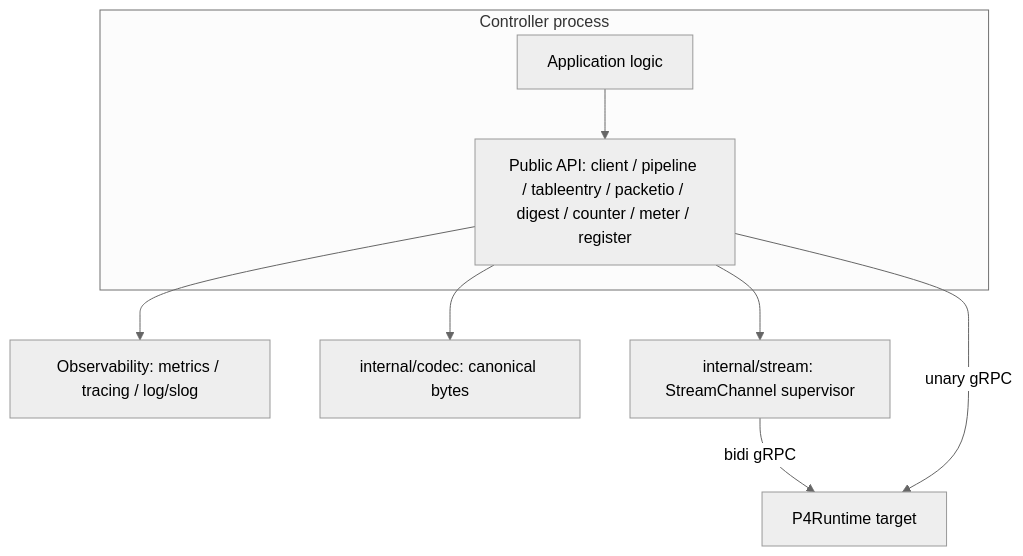
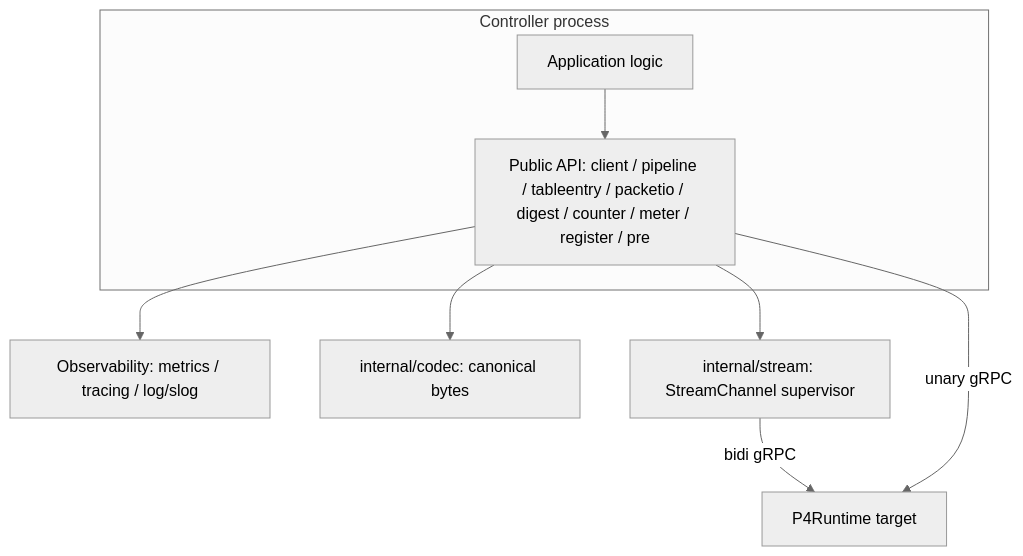
One commit to zhh2001/p4runtime-go-controller changed the first of 5 diagrams in ARCHITECTURE.md. Above: the diagram before and after it, drawn with Mermaid (neutral theme). The commit also changed other lines of this file and 8 other files, not shown here.

````diff
--- a/ARCHITECTURE.md
+++ b/ARCHITECTURE.md
@@ -7,14 +7,14 @@
 ```mermaid
 flowchart TD
     subgraph User[Controller process]
         app[Application logic]
-        app --> api[Public API: client / pipeline / tableentry / packetio / digest / counter / meter / register]
+        app --> api[Public API: client / pipeline / tableentry / packetio / digest / counter / meter / register / pre]
     end
 
     api --> obs[Observability: metrics / tracing / log/slog]
     api --> codec[internal/codec: canonical bytes]
     api --> stream[internal/stream: StreamChannel supervisor]
 
     stream -->|bidi gRPC| target[P4Runtime target]
     api -->|unary gRPC| target
 ```
````
